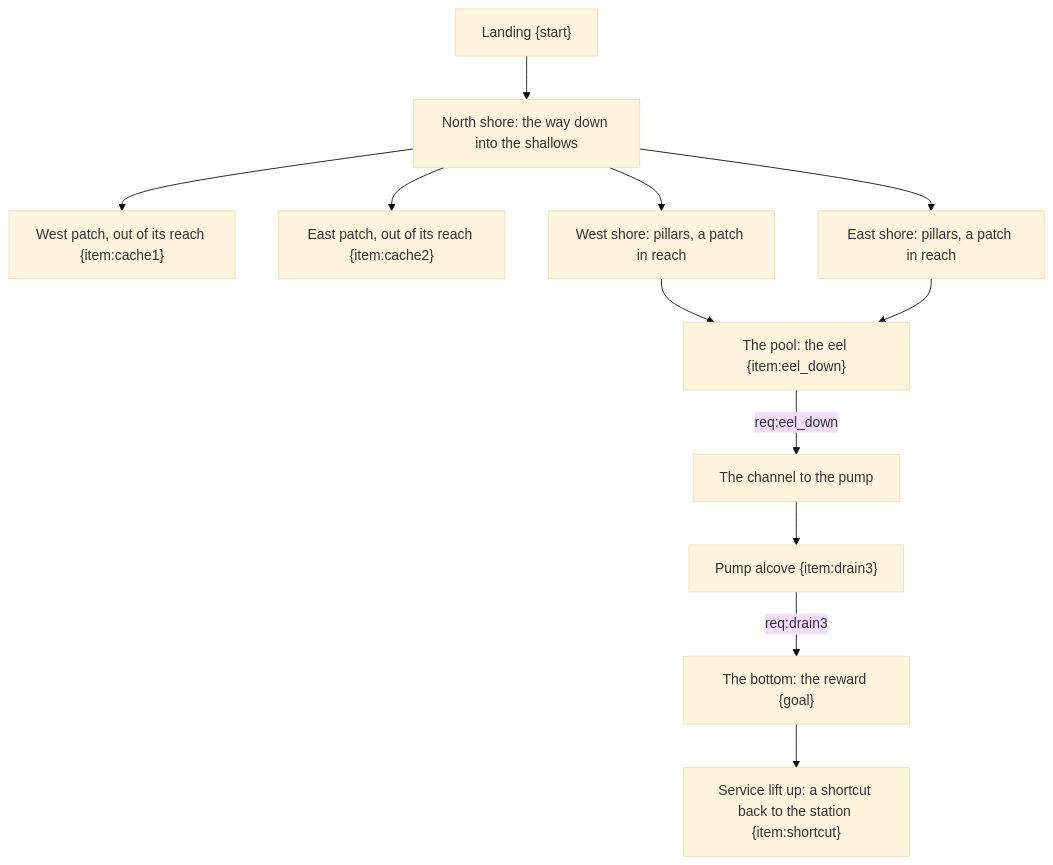
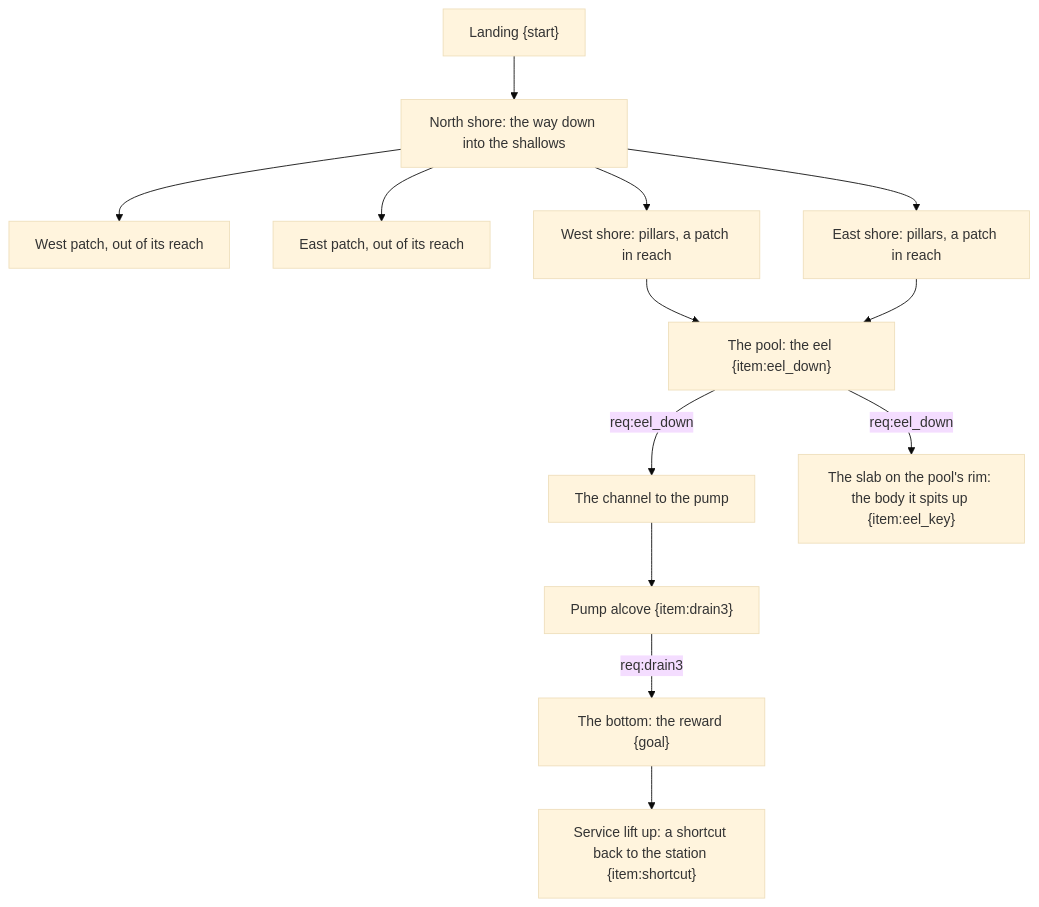
The diagram in ArtSource/plans/sub_station_depths_3.mmd (grimmylock/agora-vai-action), drawn with Mermaid (base theme) before and after one commit. The commit also changed 8 other files, not shown here.

First line of the commit message:
Sump: no stashes, a body slab (digit 8) for the eel's swallowed body; harness and graph updated

```diff
--- a/ArtSource/plans/sub_station_depths_3.mmd
+++ b/ArtSource/plans/sub_station_depths_3.mmd
@@ -1,20 +1,21 @@
 %% Sub-Station Depths, Level 3 (the Sump) - the eel's arena, drawn before the plan (level-design skill, graph_check.py).
 %% Not a maze: one wide room, designed round the fight. The eel lies in a deep pool at the south end; the only way to the last pump
 %% is the narrow channel south of it, along a shore the eel's neck can reach: its coil blocks the way ("it blocks the final pump and
-%% you have to put it down before reaching it"). {item:eel_down} stands for the fight (the fight code grants it); {item:drain3} is the pump.
+%% you have to put it down before reaching it"). {item:eel_down} stands for the fight (the fight code grants it: it spits up the body it swallowed at the start, and that body, a tier-4 corpse with stash-like loot, carries {item:eel_key}); {item:drain3} is the pump.
 %% Tools for the player: pillars (hard cover from its lunges), dry patches inside its reach (a place to stand out of the shallows) and two
-%% far dry patches out of its reach (safe, each with a stash). Rule: out of its reach you are safe but can't touch the pump.
+%% far dry patches out of its reach (safe). Rule: out of its reach you are safe but can't touch the pump.
 %% start: u
 %% goal: z
 flowchart TD
   u["Landing {start}"] --> n["North shore: the way down into the shallows"]
-  n --> wp["West patch, out of its reach {item:cache1}"]
-  n --> ep["East patch, out of its reach {item:cache2}"]
+  n --> wp["West patch, out of its reach"]
+  n --> ep["East patch, out of its reach"]
   n --> wr["West shore: pillars, a patch in reach"]
   n --> er["East shore: pillars, a patch in reach"]
   wr --> pool["The pool: the eel {item:eel_down}"]
   er --> pool
   pool -->|req:eel_down| ch["The channel to the pump"]
+  pool -->|req:eel_down| body["The slab on the pool's rim: the body it spits up {item:eel_key}"]
   ch --> pa["Pump alcove {item:drain3}"]
   pa -->|req:drain3| z["The bottom: the reward {goal}"]
   z --> lift["Service lift up: a shortcut back to the station {item:shortcut}"]
```
